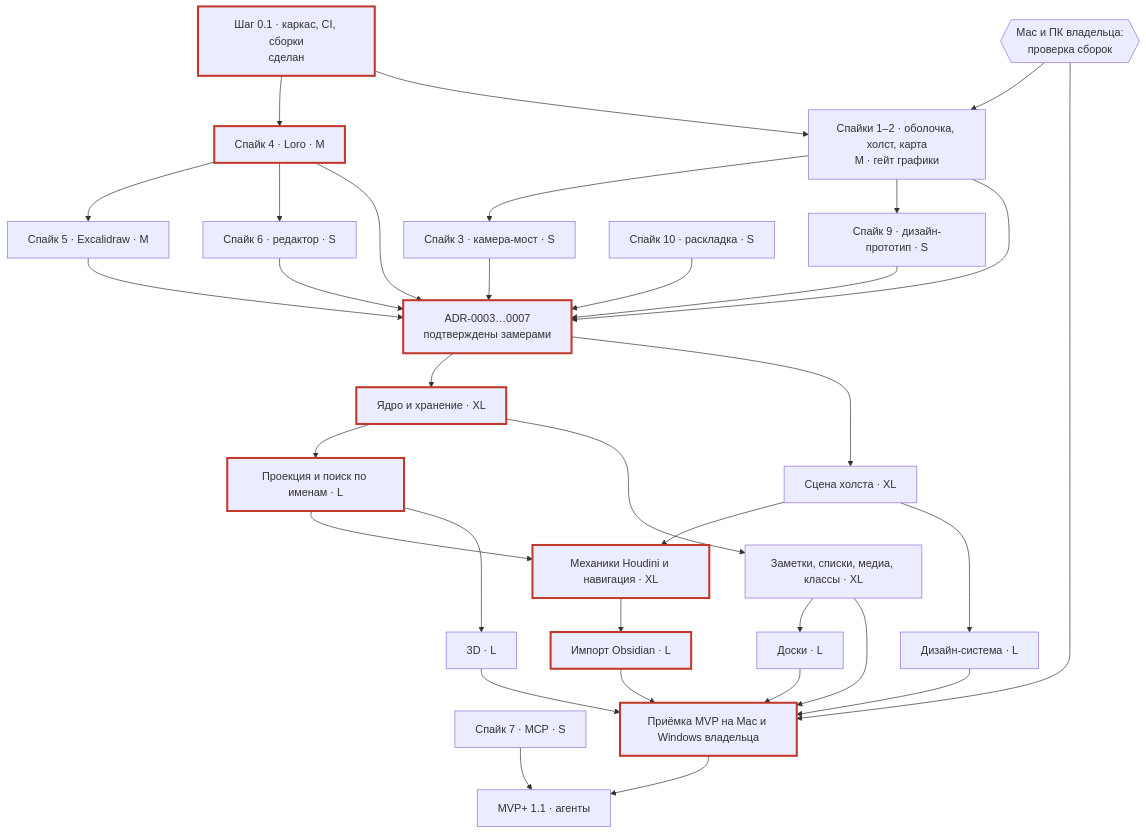
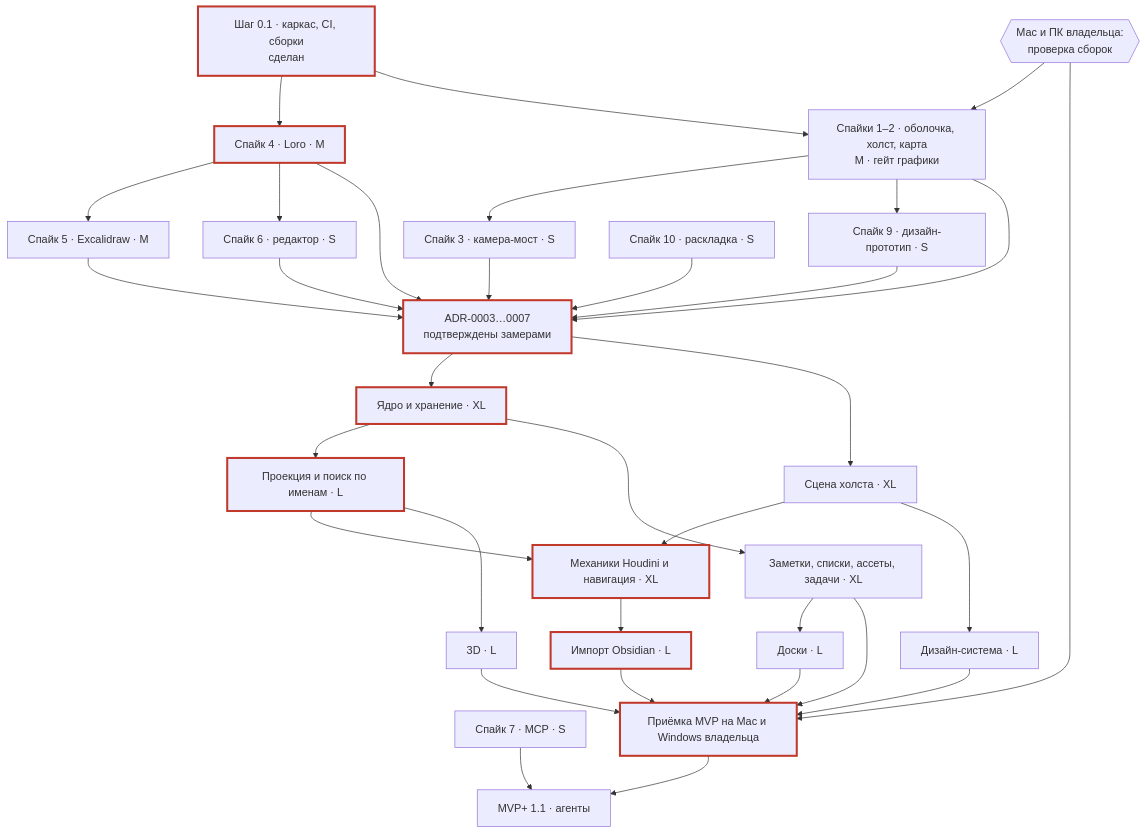
One commit to AntonZyuzin/Strata changed the second of 2 diagrams in docs/16-roadmap.md. Above: the diagram before and after it, drawn with Mermaid. The commit also changed other lines of this file and 14 other files, not shown here.

````diff
--- a/docs/16-roadmap.md
+++ b/docs/16-roadmap.md
@@ -548,41 +548,41 @@
 ```mermaid
 flowchart TD
   S01["Шаг 0.1 · каркас, CI, сборки<br/>сделан"]
   MO{{"Mac и ПК владельца:<br/>проверка сборок"}}
   SP4["Спайк 4 · Loro · M"]
   SP1["Спайки 1–2 · оболочка, холст, карта<br/>M · гейт графики"]
   SP3["Спайк 3 · камера-мост · S"]
   SP9["Спайк 9 · дизайн-прототип · S"]
   SP5["Спайк 5 · Excalidraw · M"]
   SP6["Спайк 6 · редактор · S"]
   SP10["Спайк 10 · раскладка · S"]
   SP7["Спайк 7 · MCP · S"]
   ADR["ADR-0003…0007<br/>подтверждены замерами"]
   CORE["Ядро и хранение · XL"]
   PRJ["Проекция и поиск по именам · L"]
   SCN["Сцена холста · XL"]
   HOU["Механики Houdini и навигация · XL"]
   IMP["Импорт Obsidian · L"]
-  CNT["Заметки, списки, медиа, классы · XL"]
+  CNT["Заметки, списки, ассеты, задачи · XL"]
   BRD["Доски · L"]
   M3D["3D · L"]
   DS["Дизайн-система · L"]
   ACC["Приёмка MVP на Mac и Windows владельца"]
   R11["MVP+ 1.1 · агенты"]
   S01 --> SP4 & SP1
   MO --> SP1
   MO --> ACC
   SP4 --> SP5 & SP6
   SP1 --> SP3 & SP9
   SP4 & SP1 & SP3 & SP5 & SP6 & SP9 & SP10 --> ADR
   ADR --> CORE --> PRJ --> HOU --> IMP --> ACC
   ADR --> SCN --> HOU
   SCN --> DS --> ACC
   PRJ --> M3D --> ACC
   CORE --> CNT --> BRD --> ACC
   CNT --> ACC
   ACC --> R11
   SP7 --> R11
   classDef crit stroke:#c0392b,stroke-width:3px;
   class S01,SP4,ADR,CORE,PRJ,HOU,IMP,ACC crit;
 ```
````
